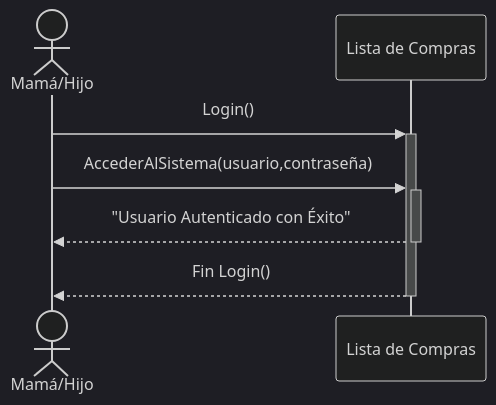
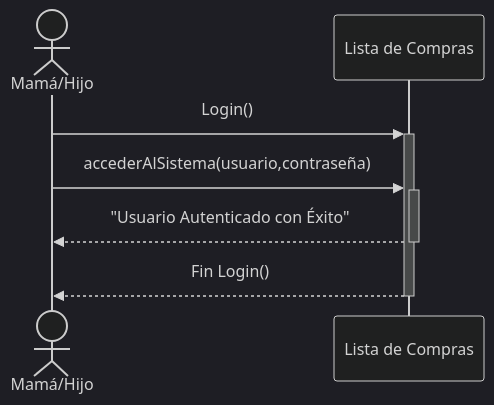
One commit to LocoUnPocoNadaMas/Lista-Compras changed the fourth of 11 diagrams in README.md. Above: the diagram before and after it, drawn with Mermaid (dark theme). The commit also changed other lines of this file, not shown here.

````diff
--- a/README.md
+++ b/README.md
@@ -624,8 +624,8 @@
 ```mermaid
 sequenceDiagram
     Actor A as Mamá/Hijo
     A->>+Lista de Compras: Login()
-    A->>+Lista de Compras: AccederAlSistema(usuario,contraseña)
+    A->>+Lista de Compras: accederAlSistema(usuario,contraseña)
     Lista de Compras-->>-A: "Usuario Autenticado con Éxito"
     Lista de Compras-->>-A: Fin Login()
 ```
````
